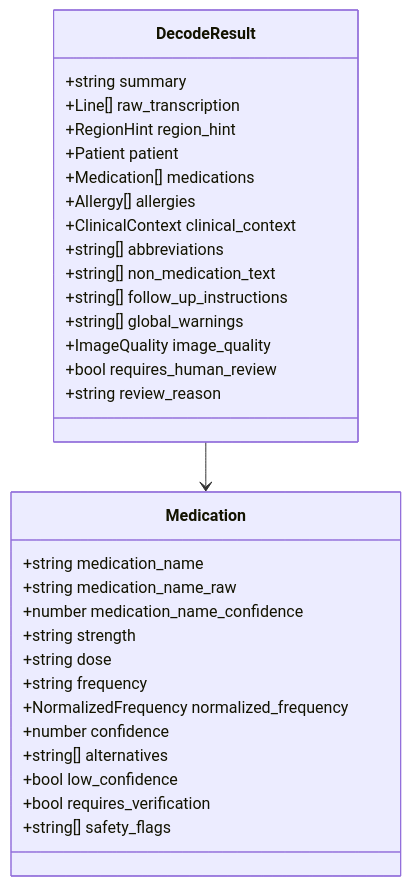
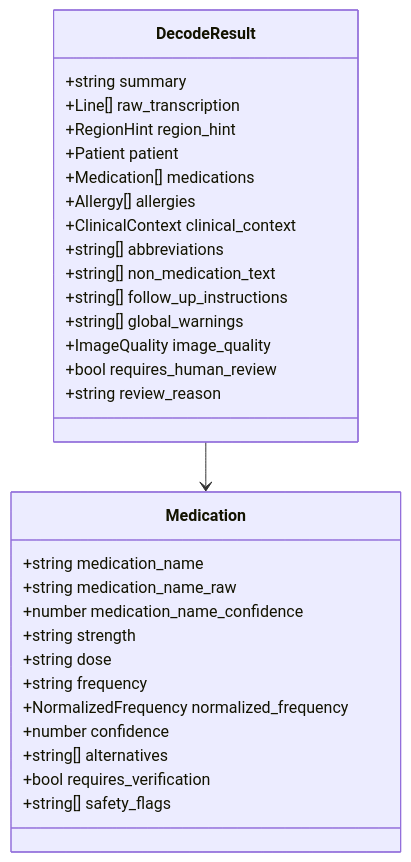
Before and after one commit to annu12340/UnScribble: the sixth of 12 diagrams in docs/ARCHITECTURE.md, drawn with Mermaid. The commit also changed other lines of this file and 75 other files, not shown here.

````diff
--- a/docs/ARCHITECTURE.md
+++ b/docs/ARCHITECTURE.md
@@ -340,36 +340,35 @@
 ```mermaid
 classDiagram
     class DecodeResult {
         +string summary
         +Line[] raw_transcription
         +RegionHint region_hint
         +Patient patient
         +Medication[] medications
         +Allergy[] allergies
         +ClinicalContext clinical_context
         +string[] abbreviations
         +string[] non_medication_text
         +string[] follow_up_instructions
         +string[] global_warnings
         +ImageQuality image_quality
         +bool requires_human_review
         +string review_reason
     }
 
     class Medication {
         +string medication_name
         +string medication_name_raw
         +number medication_name_confidence
         +string strength
         +string dose
         +string frequency
         +NormalizedFrequency normalized_frequency
         +number confidence
         +string[] alternatives
-        +bool low_confidence
         +bool requires_verification
         +string[] safety_flags
     }
 
     DecodeResult --> Medication
 ```
````
